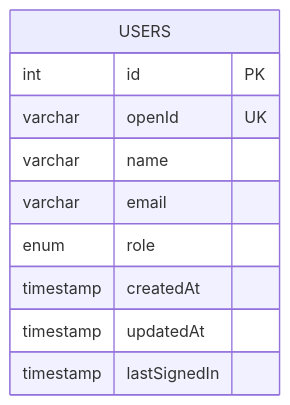
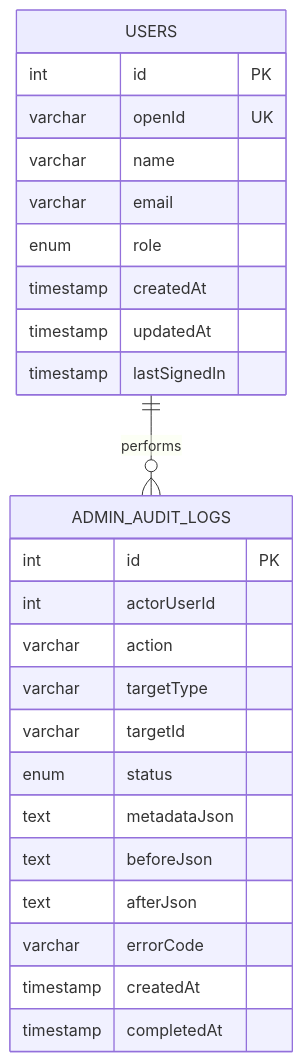
The first of 2 diagrams in DATABASE.md (Korirtech/Indulge-Store), drawn with Mermaid before and after one commit. The commit also changed other lines of this file and 19 other files, not shown here.

Commit message:
Add durable admin catalog audit trail

````diff
--- a/DATABASE.md
+++ b/DATABASE.md
@@ -11,13 +11,28 @@
 ```mermaid
-erDiagram
-  USERS {
+  erDiagram
+    USERS ||--o{ ADMIN_AUDIT_LOGS : performs
+    USERS {
     int id PK
     varchar openId UK
     varchar name
     varchar email
     enum role
     timestamp createdAt
     timestamp updatedAt
-    timestamp lastSignedIn
-  }
-```
+      timestamp lastSignedIn
+    }
+    ADMIN_AUDIT_LOGS {
+      int id PK
+      int actorUserId
+      varchar action
+      varchar targetType
+      varchar targetId
+      enum status
+      text metadataJson
+      text beforeJson
+      text afterJson
+      varchar errorCode
+      timestamp createdAt
+      timestamp completedAt
+    }
+  ```
````
